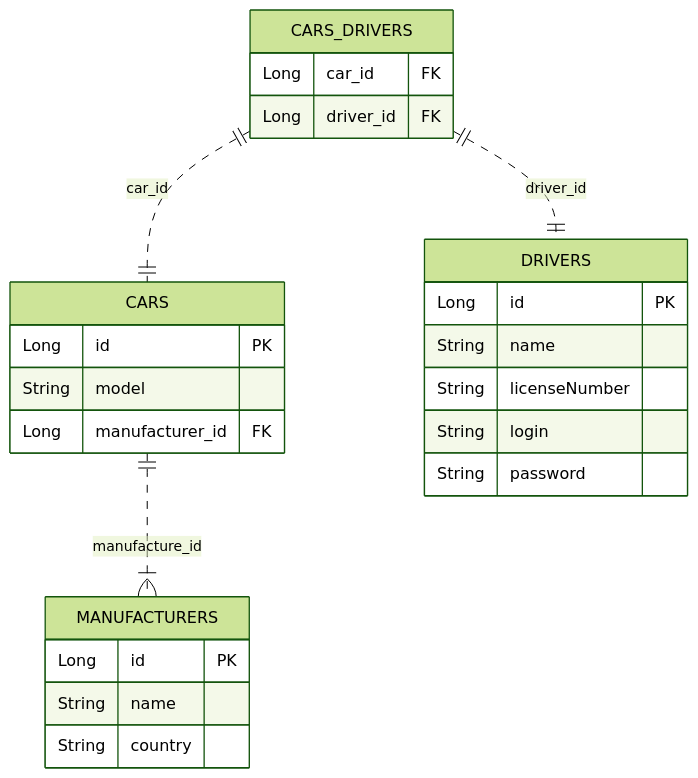
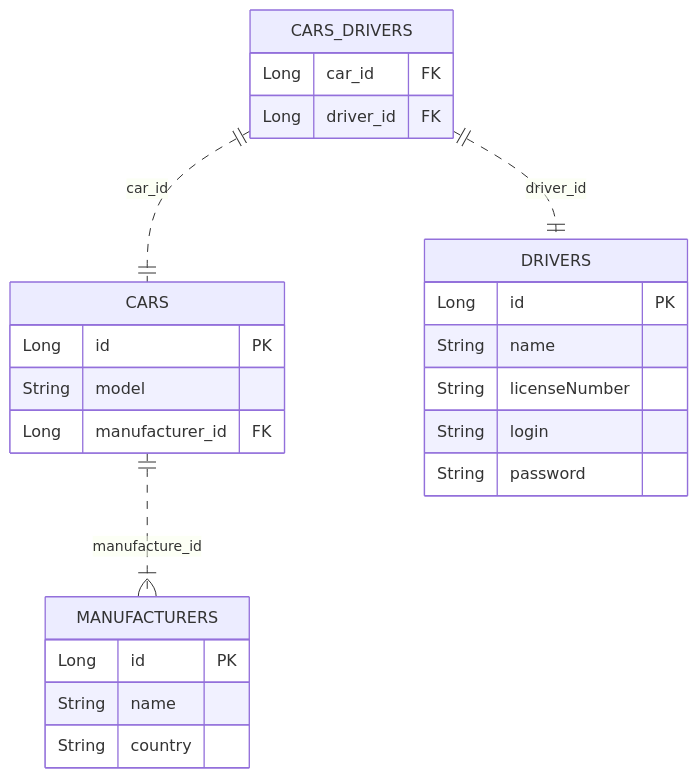
One commit to Oleksii-Mospan/Car-n-Driver changed the second of 2 diagrams in README.md. Above: the diagram before and after it, drawn with Mermaid.

Commit message:
Changed theme of database diagram

````diff
--- a/README.md
+++ b/README.md
@@ -93,33 +93,32 @@
 ```mermaid
-    %%{init: { 'theme': 'forest' } }%%
     erDiagram
         CARS { 
                 Long id PK
                 String model
                 Long manufacturer_id FK
             }
             
         DRIVERS { 
                 Long id PK
                 String name
                 String licenseNumber
                 String login
                 String password
             }
             
         MANUFACTURERS { 
                 Long id PK
                 String name
                 String country
             }
             
         CARS_DRIVERS {
                 Long car_id FK
                 Long driver_id FK
             }
             
        CARS ||..|{ MANUFACTURERS : manufacture_id
        CARS_DRIVERS ||..|| CARS : car_id
        CARS_DRIVERS ||..|| DRIVERS : driver_id
        
 ```
````
